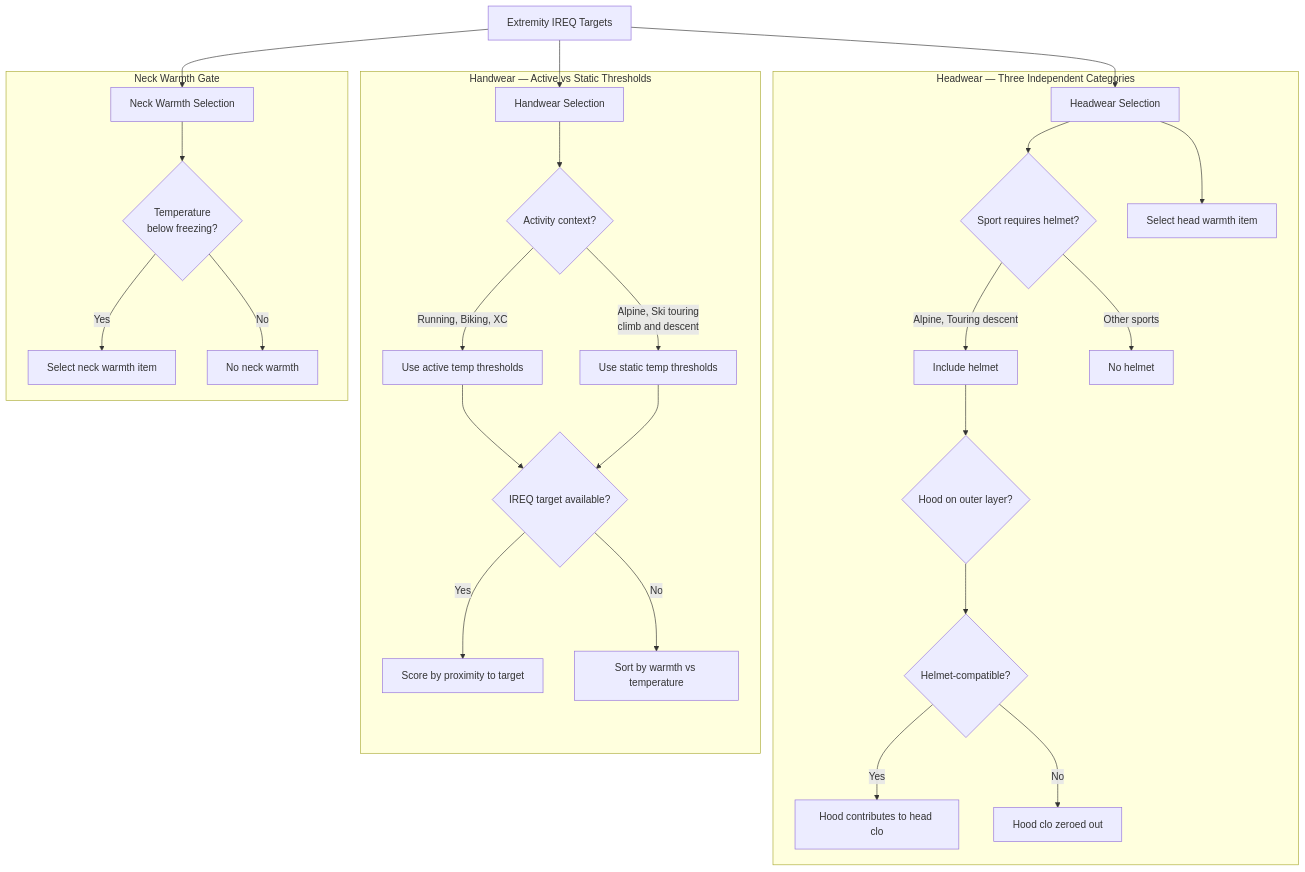
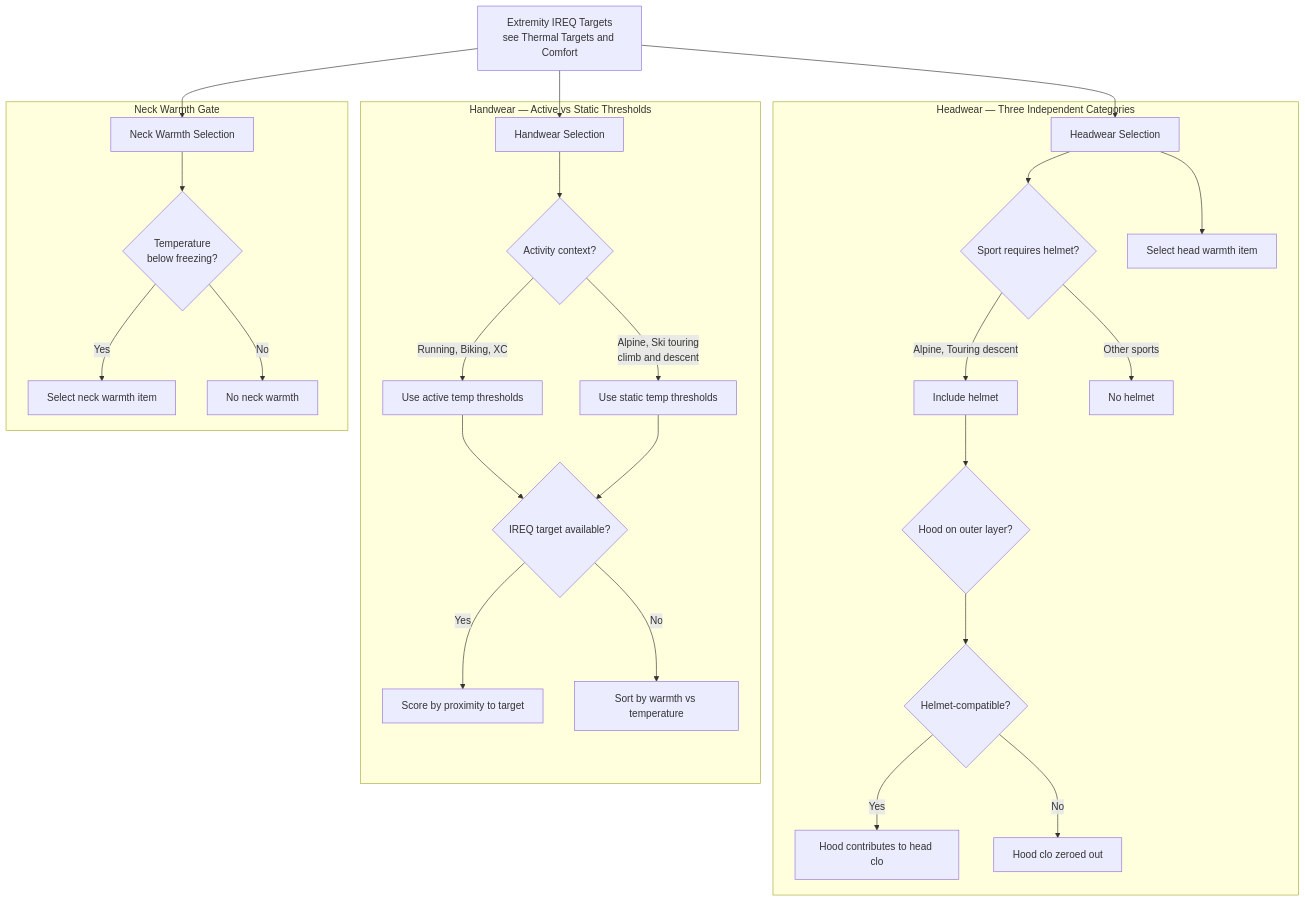
One commit to derobertsw/swttr changed the sixth of 7 diagrams in README.md. Above: the diagram before and after it, drawn with Mermaid. The commit also changed other lines of this file and 22 other files, not shown here.

````diff
--- a/README.md
+++ b/README.md
@@ -251,35 +251,35 @@
 ```mermaid
 graph TD
-    EXT[Extremity IREQ Targets] --> HEAD[Headwear Selection]
+    EXT[Extremity IREQ Targets<br/>see Thermal Targets and Comfort] --> HEAD[Headwear Selection]
     EXT --> HAND[Handwear Selection]
     EXT --> NECK[Neck Warmth Selection]
 
     subgraph "Headwear — Three Independent Categories"
         HEAD --> HELMET{Sport requires helmet?}
         HELMET -->|Alpine, Touring descent| HYES[Include helmet]
         HELMET -->|Other sports| HNO[No helmet]
 
         HYES --> HOOD{Hood on outer layer?}
         HOOD --> HCOMPAT{Helmet-compatible?}
         HCOMPAT -->|Yes| HCONT[Hood contributes to head clo]
         HCOMPAT -->|No| HZERO[Hood clo zeroed out]
 
         HEAD --> HWARM[Select head warmth item]
     end
 
     subgraph "Handwear — Active vs Static Thresholds"
         HAND --> HMODE{Activity context?}
         HMODE -->|Running, Biking, XC| ACTIVE[Use active temp thresholds]
         HMODE -->|Alpine, Ski touring<br/>climb and descent| STATIC[Use static temp thresholds]
         ACTIVE --> HTARGET{IREQ target available?}
         STATIC --> HTARGET
         HTARGET -->|Yes| HSCORE[Score by proximity to target]
         HTARGET -->|No| HTEMP[Sort by warmth vs temperature]
     end
 
     subgraph "Neck Warmth Gate"
         NECK --> NCHECK{Temperature<br/>below freezing?}
         NCHECK -->|Yes| NSEL[Select neck warmth item]
         NCHECK -->|No| NSKIP[No neck warmth]
     end
 ```
````
